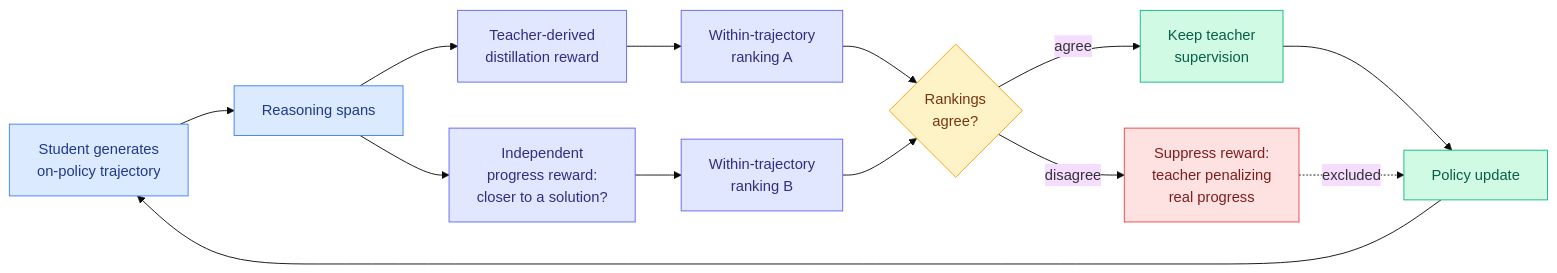
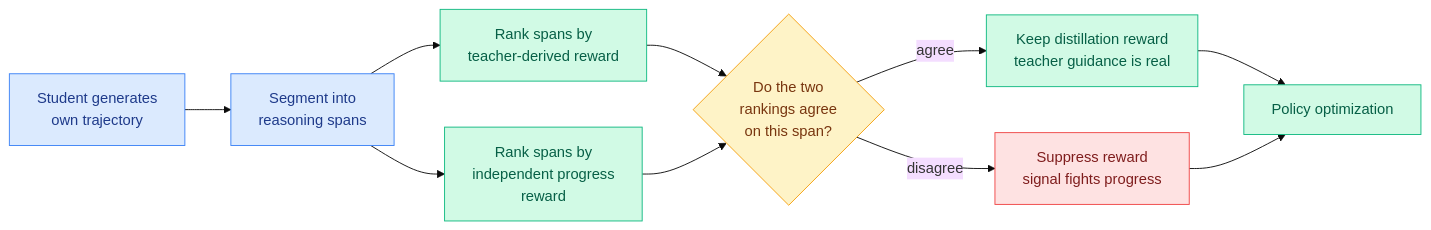
One commit to bayesiansapien/cere-bro changed the diagram in wiki/inference-efficiency/2026-08-25-r2-opd-reasoning-progress-filtering.md. Above: the diagram before and after it, drawn with Mermaid (base theme). The commit also changed other lines of this file, not shown here.

Commit message:
wiki: update wiki/2026-08-25-r2-opd-reasoning-progress-filtering

````diff
--- a/wiki/inference-efficiency/2026-08-25-r2-opd-reasoning-progress-filtering.md
+++ b/wiki/inference-efficiency/2026-08-25-r2-opd-reasoning-progress-filtering.md
@@ -17,25 +12,20 @@
 ```mermaid
 flowchart LR
-  S[Student generates<br/>on-policy trajectory] --> SPANS[Reasoning spans]
-  SPANS --> T[Teacher-derived<br/>distillation reward]
-  SPANS --> P[Independent<br/>progress reward:<br/>closer to a solution?]
-  T --> RT[Within-trajectory<br/>ranking A]
-  P --> RP[Within-trajectory<br/>ranking B]
-  RT --> CMP{Rankings<br/>agree?}
-  RP --> CMP
-  CMP -->|agree| KEEP[Keep teacher<br/>supervision]
-  CMP -->|disagree| SUP[Suppress reward:<br/>teacher penalizing<br/>real progress]
-  KEEP --> UPD[Policy update]
-  SUP -.excluded.-> UPD
-  UPD --> S
+  S[Student generates<br/>own trajectory] --> SPAN[Segment into<br/>reasoning spans]
+  SPAN --> T[Rank spans by<br/>teacher-derived reward]
+  SPAN --> P[Rank spans by<br/>independent progress<br/>reward]
+  T --> CMP{Do the two<br/>rankings agree<br/>on this span?}
+  P --> CMP
+  CMP -->|agree| KEEP[Keep distillation reward<br/>teacher guidance is real]
+  CMP -->|disagree| SUP[Suppress reward<br/>signal fights progress]
+  KEEP --> OPT[Policy optimization]
+  SUP --> OPT
   classDef input fill:#dbeafe,stroke:#3b82f6,color:#1e3a8a
   classDef decision fill:#fef3c7,stroke:#f59e0b,color:#78350f
   classDef output fill:#d1fae5,stroke:#10b981,color:#065f46
   classDef warn fill:#fee2e2,stroke:#ef4444,color:#7f1d1d
-  classDef aux fill:#e0e7ff,stroke:#6366f1,color:#312e81
-  class S,SPANS input
+  class S,SPAN input
   class CMP decision
-  class KEEP,UPD output
+  class T,P,KEEP,OPT output
   class SUP warn
-  class T,P,RT,RP aux
 ```
````
